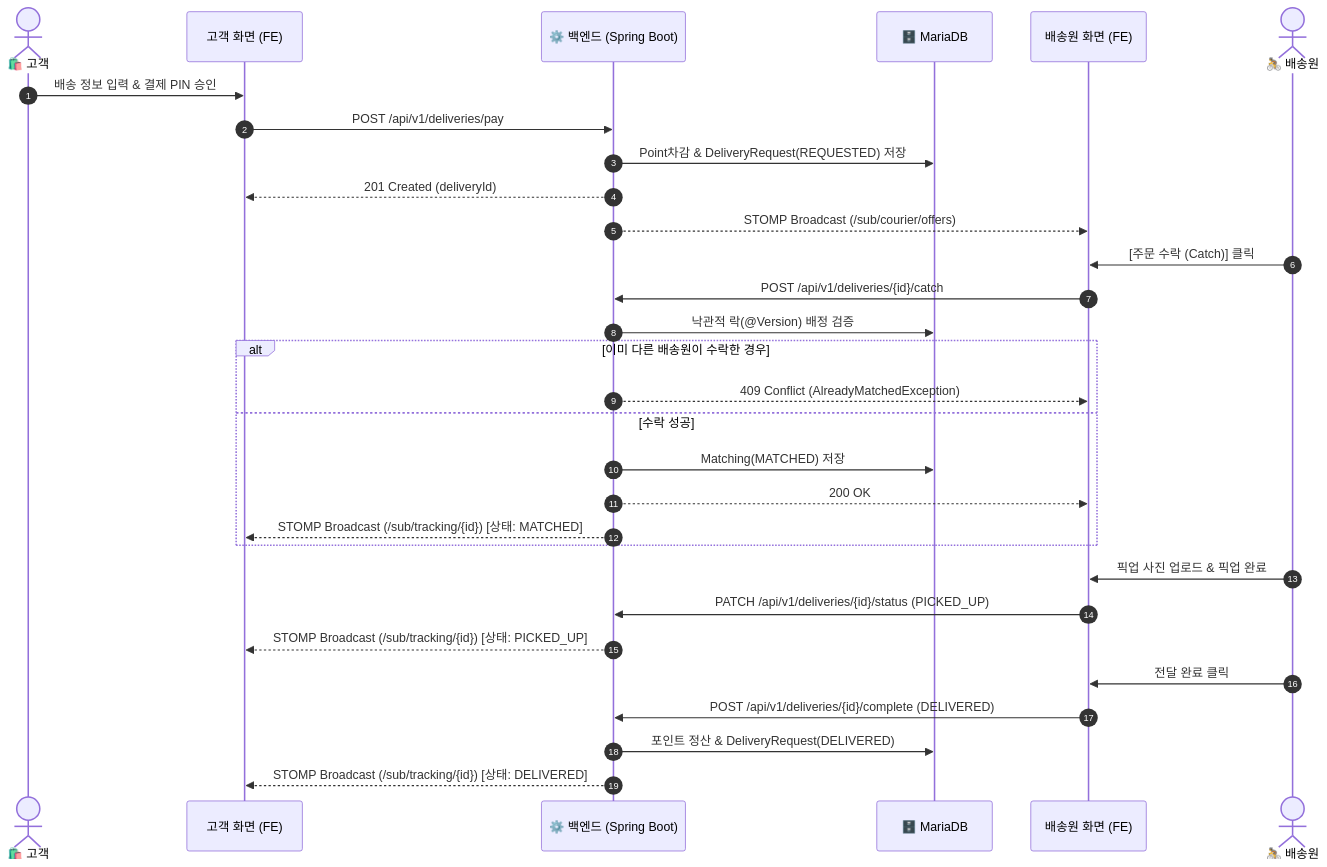
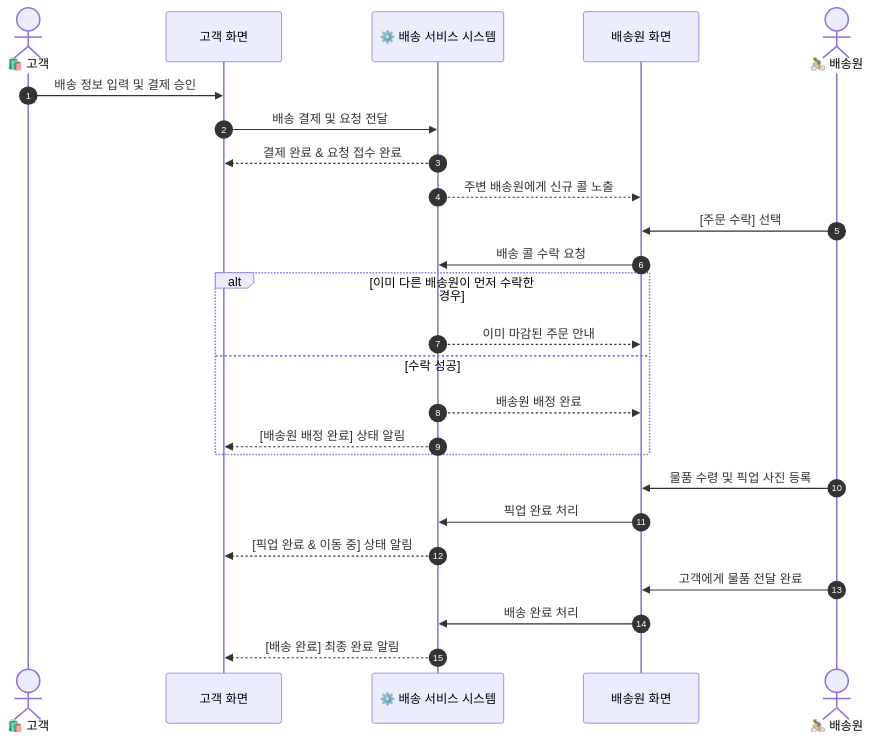
Before and after one commit to ShinhanDSProject/shinhan-delivery: the third of 3 diagrams in docs/전체-유저-플로우-가이드.md, drawn with Mermaid. The commit also changed other lines of this file, not shown here.

Commit message:
docs: 유저 플로우 가이드북 내 저수준 기술 용어를 사용자 및 비즈니스 관점 표현으로 정제

````diff
--- a/docs/전체-유저-플로우-가이드.md
+++ b/docs/전체-유저-플로우-가이드.md
@@ -134,36 +132,31 @@
 ```mermaid
 sequenceDiagram
     autonumber
     actor Customer as 🛍️ 고객
-    participant FE_Cust as 고객 화면 (FE)
-    participant BE as ⚙️ 백엔드 (Spring Boot)
-    participant DB as 🗄️ MariaDB
-    participant FE_Cour as 배송원 화면 (FE)
+    participant FE_Cust as 고객 화면
+    participant Service as ⚙️ 배송 서비스 시스템
+    participant FE_Cour as 배송원 화면
     actor Courier as 🚴 배송원
 
-    Customer->>FE_Cust: 배송 정보 입력 & 결제 PIN 승인
-    FE_Cust->>BE: POST /api/v1/deliveries/pay
-    BE->>DB: Point차감 & DeliveryRequest(REQUESTED) 저장
-    BE-->>FE_Cust: 201 Created (deliveryId)
-    BE-->>FE_Cour: STOMP Broadcast (/sub/courier/offers)
+    Customer->>FE_Cust: 배송 정보 입력 및 결제 승인
+    FE_Cust->>Service: 배송 결제 및 요청 전달
+    Service-->>FE_Cust: 결제 완료 & 요청 접수 완료
+    Service-->>FE_Cour: 주변 배송원에게 신규 콜 노출
 
-    Courier->>FE_Cour: [주문 수락 (Catch)] 클릭
-    FE_Cour->>BE: POST /api/v1/deliveries/{id}/catch
-    BE->>DB: 낙관적 락(@Version) 배정 검증
-    alt 이미 다른 배송원이 수락한 경우
-        BE-->>FE_Cour: 409 Conflict (AlreadyMatchedException)
+    Courier->>FE_Cour: [주문 수락] 선택
+    FE_Cour->>Service: 배송 콜 수락 요청
+    alt 이미 다른 배송원이 먼저 수락한 경우
+        Service-->>FE_Cour: 이미 마감된 주문 안내
     else 수락 성공
-        BE->>DB: Matching(MATCHED) 저장
-        BE-->>FE_Cour: 200 OK
-        BE-->>FE_Cust: STOMP Broadcast (/sub/tracking/{id}) [상태: MATCHED]
+        Service-->>FE_Cour: 배송원 배정 완료
+        Service-->>FE_Cust: [배송원 배정 완료] 상태 알림
     end
 
-    Courier->>FE_Cour: 픽업 사진 업로드 & 픽업 완료
-    FE_Cour->>BE: PATCH /api/v1/deliveries/{id}/status (PICKED_UP)
-    BE-->>FE_Cust: STOMP Broadcast (/sub/tracking/{id}) [상태: PICKED_UP]
+    Courier->>FE_Cour: 물품 수령 및 픽업 사진 등록
+    FE_Cour->>Service: 픽업 완료 처리
+    Service-->>FE_Cust: [픽업 완료 & 이동 중] 상태 알림
 
-    Courier->>FE_Cour: 전달 완료 클릭
-    FE_Cour->>BE: POST /api/v1/deliveries/{id}/complete (DELIVERED)
-    BE->>DB: 포인트 정산 & DeliveryRequest(DELIVERED)
-    BE-->>FE_Cust: STOMP Broadcast (/sub/tracking/{id}) [상태: DELIVERED]
+    Courier->>FE_Cour: 고객에게 물품 전달 완료
+    FE_Cour->>Service: 배송 완료 처리
+    Service-->>FE_Cust: [배송 완료] 최종 완료 알림
 ```
````
